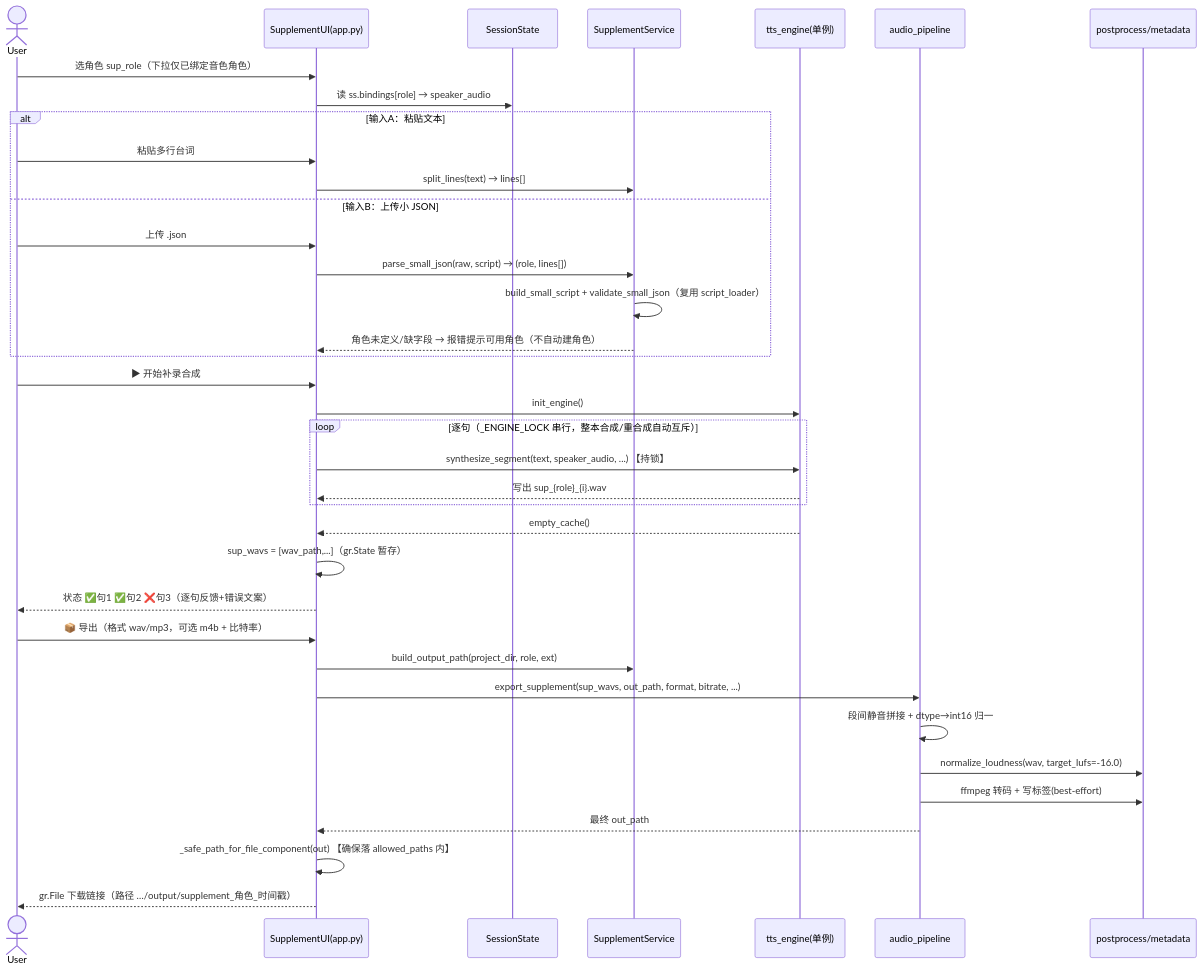
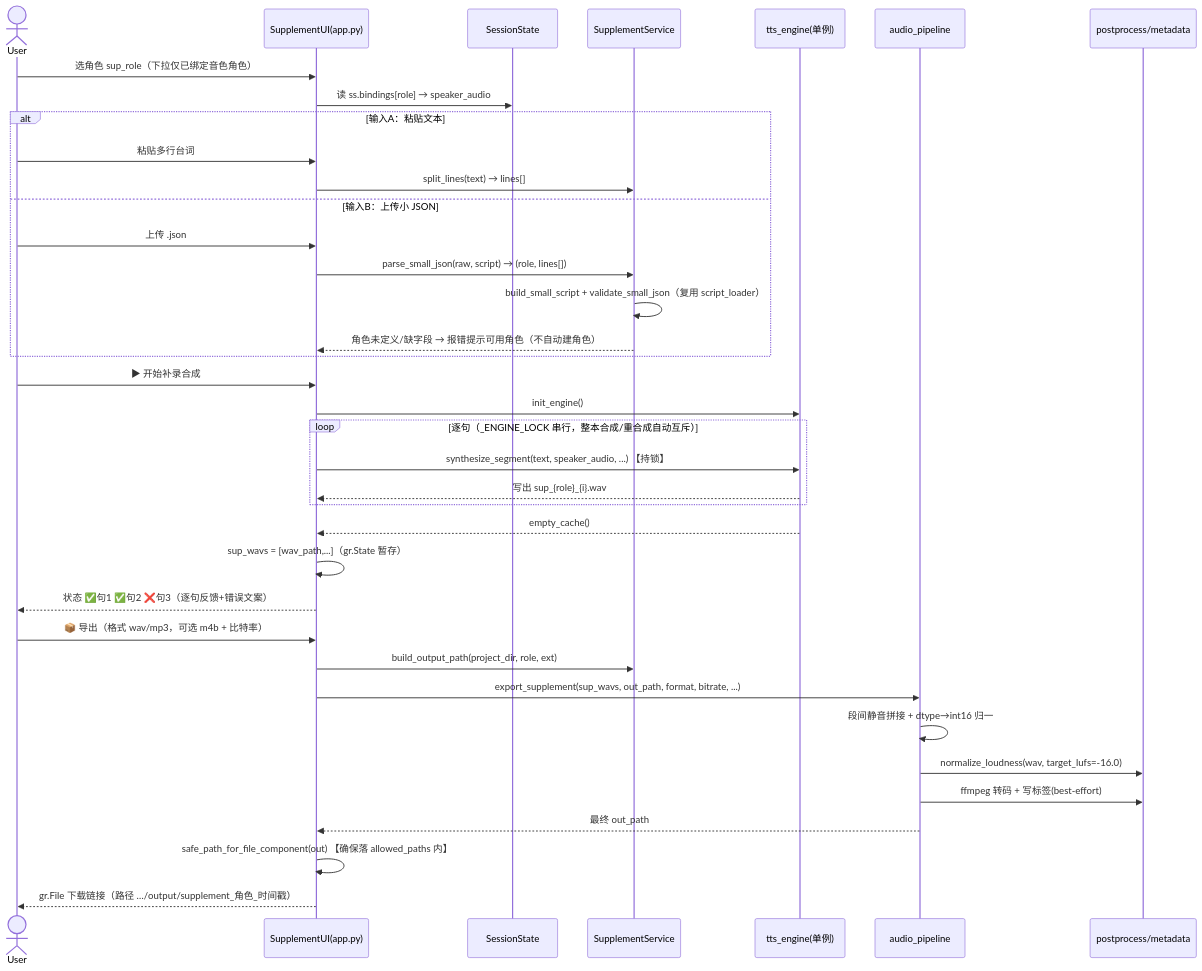
One commit to easonwong2026-del/audiobook-studio changed the diagram in docs/设计_补录合成.md. Above: the diagram before and after it, drawn with Mermaid. The commit also changed other lines of this file and 14 other files, not shown here.

````diff
--- a/docs/设计_补录合成.md
+++ b/docs/设计_补录合成.md
@@ -116,43 +116,43 @@
 ```mermaid
 sequenceDiagram
     actor User
     participant UI as SupplementUI(app.py)
     participant SS as SessionState
     participant Svc as SupplementService
     participant ENG as tts_engine(单例)
     participant AP as audio_pipeline
     participant PP as postprocess/metadata
 
     User->>UI: 选角色 sup_role（下拉仅已绑定音色角色）
     UI->>SS: 读 ss.bindings[role] → speaker_audio
 
     alt 输入A：粘贴文本
         User->>UI: 粘贴多行台词
         UI->>Svc: split_lines(text) → lines[]
     else 输入B：上传小 JSON
         User->>UI: 上传 .json
         UI->>Svc: parse_small_json(raw, script) → (role, lines[])
         Svc->>Svc: build_small_script + validate_small_json（复用 script_loader）
         Svc-->>UI: 角色未定义/缺字段 → 报错提示可用角色（不自动建角色）
     end
 
     User->>UI: ▶ 开始补录合成
     UI->>ENG: init_engine()
     loop 逐句（_ENGINE_LOCK 串行，整本合成/重合成自动互斥）
         UI->>ENG: synthesize_segment(text, speaker_audio, ...) 【持锁】
         ENG-->>UI: 写出 sup_{role}_{i}.wav
     end
     ENG-->>UI: empty_cache()
     UI->>UI: sup_wavs = [wav_path,...]（gr.State 暂存）
     UI-->>User: 状态 ✅句1 ✅句2 ❌句3（逐句反馈+错误文案）
 
     User->>UI: 📦 导出（格式 wav/mp3，可选 m4b + 比特率）
     UI->>Svc: build_output_path(project_dir, role, ext)
     UI->>AP: export_supplement(sup_wavs, out_path, format, bitrate, ...)
     AP->>AP: 段间静音拼接 + dtype→int16 归一
     AP->>PP: normalize_loudness(wav, target_lufs=-16.0)
     AP->>PP: ffmpeg 转码 + 写标签(best-effort)
     AP-->>UI: 最终 out_path
-    UI->>UI: _safe_path_for_file_component(out) 【确保落 allowed_paths 内】
+    UI->>UI: safe_path_for_file_component(out) 【确保落 allowed_paths 内】
     UI-->>User: gr.File 下载链接（路径 …/output/supplement_角色_时间戳）
 ```
````
